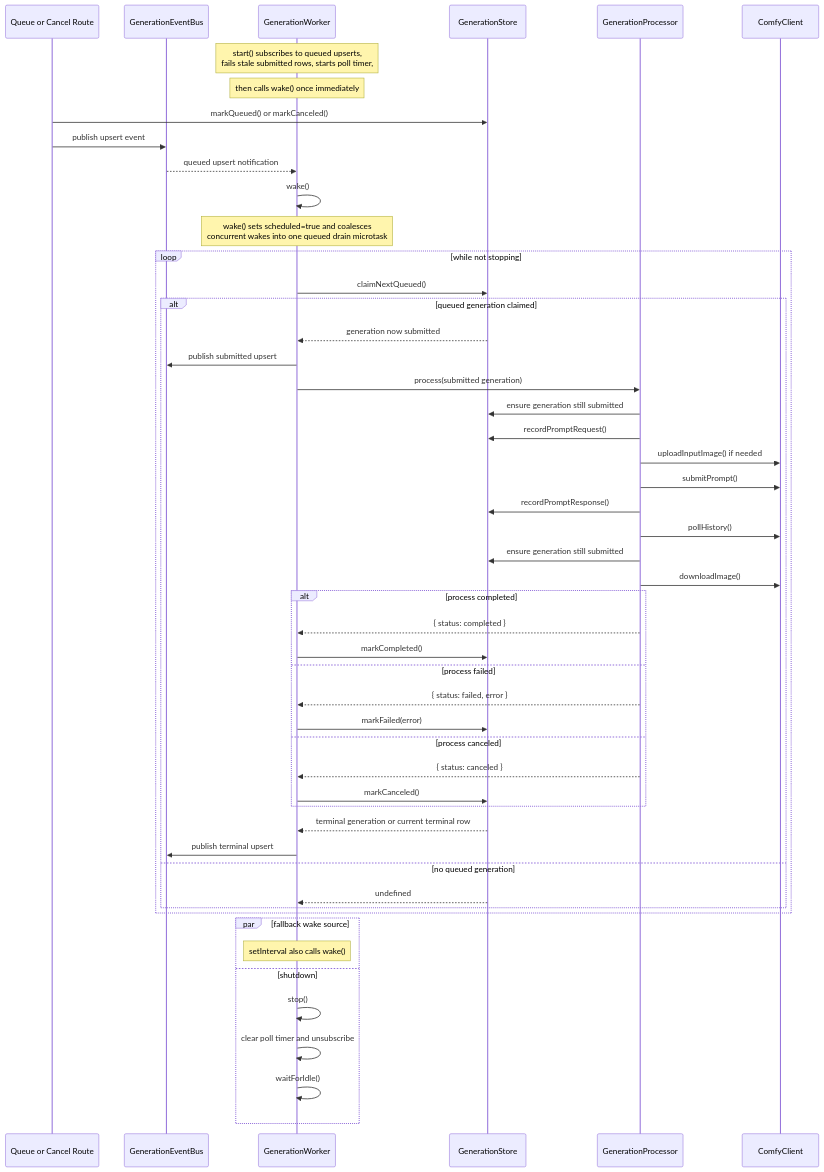
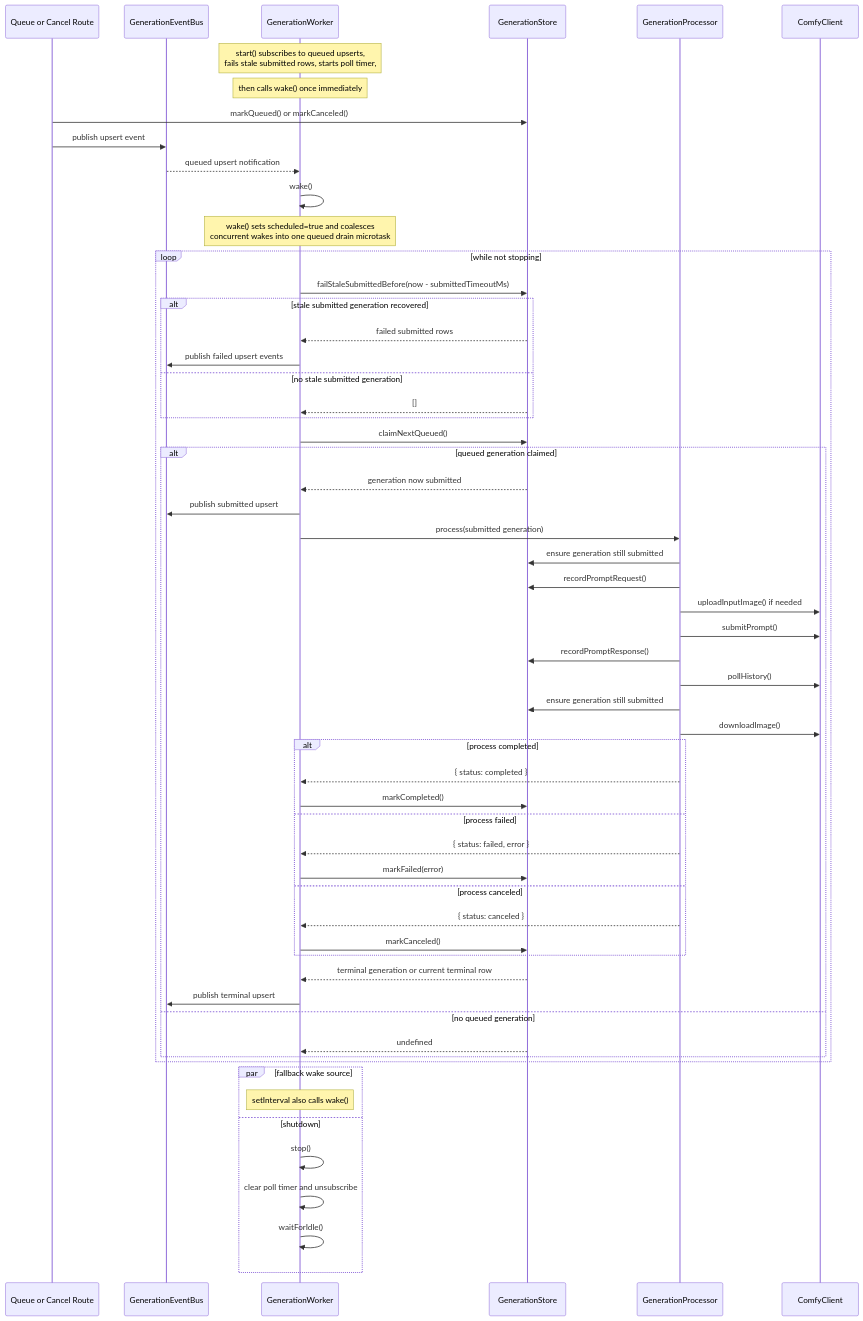
One commit to marianban/fuzzy-guacamole changed the fourth of 5 diagrams in docs/architecture.MD. Above: the diagram before and after it, drawn with Mermaid. The commit also changed other lines of this file, not shown here.

````diff
--- a/docs/architecture.MD
+++ b/docs/architecture.MD
@@ -154,59 +159,67 @@
 ```mermaid
 sequenceDiagram
   participant API as Queue or Cancel Route
   participant Bus as GenerationEventBus
   participant Worker as GenerationWorker
   participant Store as GenerationStore
   participant Processor as GenerationProcessor
   participant Comfy as ComfyClient
 
   Note over Worker: start() subscribes to queued upserts,<br/>fails stale submitted rows, starts poll timer,
   Note over Worker: then calls wake() once immediately
 
   API->>Store: markQueued() or markCanceled()
   API->>Bus: publish upsert event
   Bus-->>Worker: queued upsert notification
   Worker->>Worker: wake()
   Note over Worker: wake() sets scheduled=true and coalesces<br/>concurrent wakes into one queued drain microtask
 
   loop while not stopping
+    Worker->>Store: failStaleSubmittedBefore(now - submittedTimeoutMs)
+    alt stale submitted generation recovered
+      Store-->>Worker: failed submitted rows
+      Worker->>Bus: publish failed upsert events
+    else no stale submitted generation
+      Store-->>Worker: []
+    end
+
     Worker->>Store: claimNextQueued()
     alt queued generation claimed
       Store-->>Worker: generation now submitted
       Worker->>Bus: publish submitted upsert
       Worker->>Processor: process(submitted generation)
       Processor->>Store: ensure generation still submitted
       Processor->>Store: recordPromptRequest()
       Processor->>Comfy: uploadInputImage() if needed
       Processor->>Comfy: submitPrompt()
       Processor->>Store: recordPromptResponse()
       Processor->>Comfy: pollHistory()
       Processor->>Store: ensure generation still submitted
       Processor->>Comfy: downloadImage()
 
       alt process completed
         Processor-->>Worker: { status: completed }
         Worker->>Store: markCompleted()
       else process failed
         Processor-->>Worker: { status: failed, error }
         Worker->>Store: markFailed(error)
       else process canceled
         Processor-->>Worker: { status: canceled }
         Worker->>Store: markCanceled()
       end
 
       Store-->>Worker: terminal generation or current terminal row
       Worker->>Bus: publish terminal upsert
     else no queued generation
       Store-->>Worker: undefined
     end
   end
 
   par fallback wake source
     Note over Worker: setInterval also calls wake()
   and shutdown
     Worker->>Worker: stop()
     Worker->>Worker: clear poll timer and unsubscribe
     Worker->>Worker: waitForIdle()
   end
 ```
````
